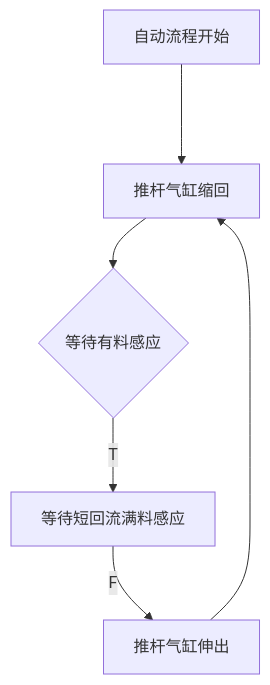
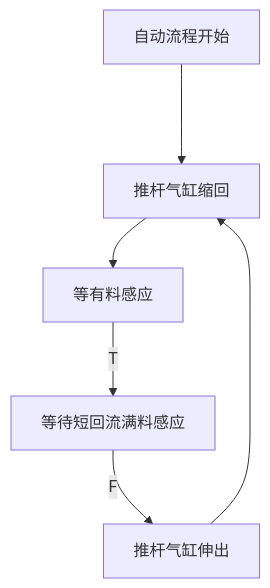
Before and after one commit to zmq000/iodraw-files: the diagram in all/未命名.md, drawn with Mermaid.

Commit message:
2026-06-17 20:53:46 update

````diff
--- a/all/未命名.md
+++ b/all/未命名.md
@@ -1,8 +1,8 @@
 ```mermaid
 graph TD
 自动流程开始--->10
 10[推杆气缸缩回]-->20
-20{等待有料感应}-->|T|30
+20[等有料感应]-->|T|30
 30[等待短回流满料感应]-->|F|40
 40[推杆气缸伸出]-->10
 ```
````
